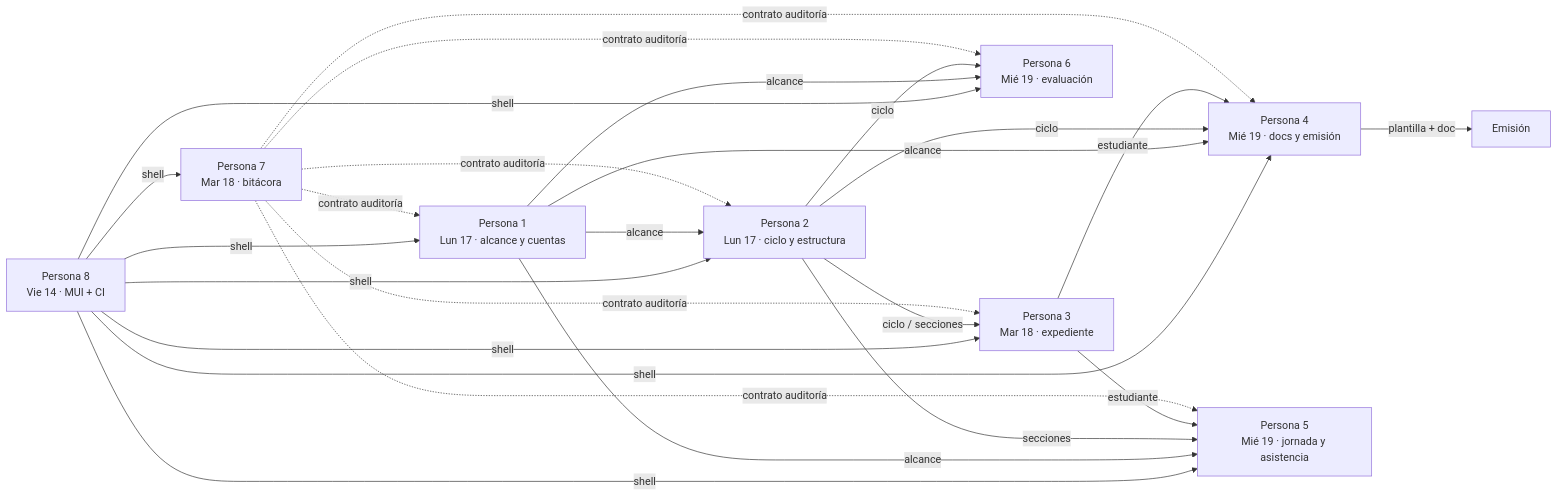
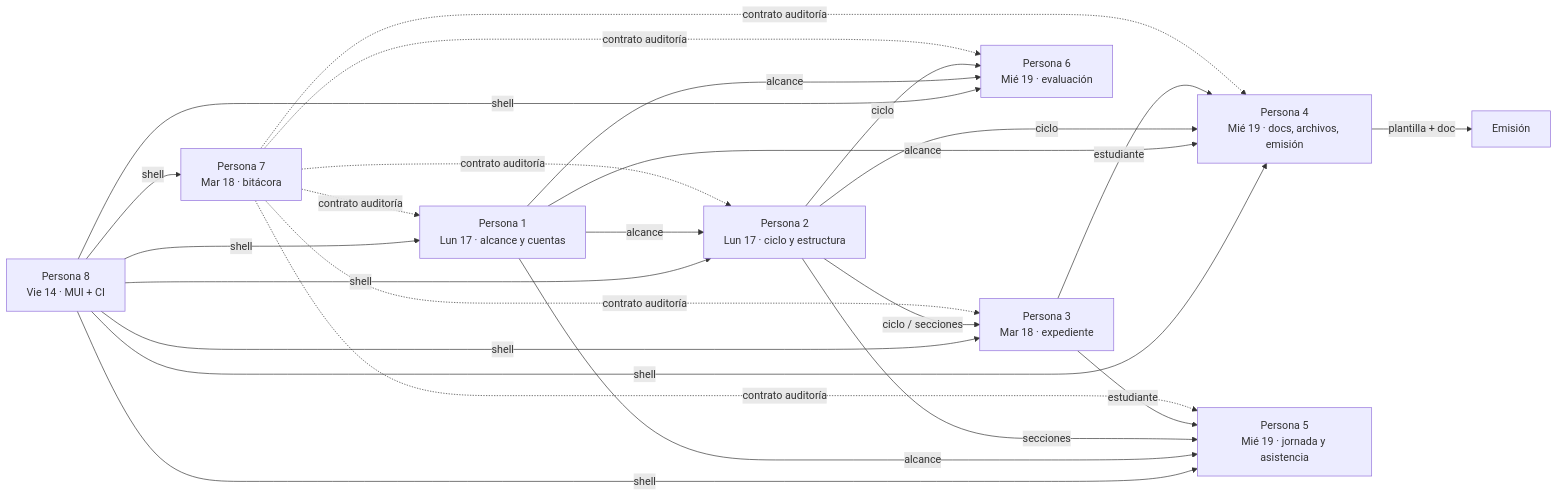
One commit to siga-inebi/siga-inebi changed the first of 2 diagrams in docs/planning/sprint-2026-08-14.md. Above: the diagram before and after it, drawn with Mermaid. The commit also changed other lines of this file, not shown here.

First line of the commit message:
docs(planning): expand Persona 4 with the autonomous docs backlog

````diff
--- a/docs/planning/sprint-2026-08-14.md
+++ b/docs/planning/sprint-2026-08-14.md
@@ -177,37 +199,37 @@
 ```mermaid
 flowchart LR
     P8["Persona 8<br/>Vie 14 · MUI + CI"]
     P1["Persona 1<br/>Lun 17 · alcance y cuentas"]
     P2["Persona 2<br/>Lun 17 · ciclo y estructura"]
     P3["Persona 3<br/>Mar 18 · expediente"]
     P7["Persona 7<br/>Mar 18 · bitácora"]
-    P4["Persona 4<br/>Mié 19 · docs y emisión"]
+    P4["Persona 4<br/>Mié 19 · docs, archivos, emisión"]
     P5["Persona 5<br/>Mié 19 · jornada y asistencia"]
     P6["Persona 6<br/>Mié 19 · evaluación"]
 
     P8 -->|"shell"| P1
     P8 -->|"shell"| P2
     P8 -->|"shell"| P3
     P8 -->|"shell"| P4
     P8 -->|"shell"| P5
     P8 -->|"shell"| P6
     P8 -->|"shell"| P7
 
     P1 -->|"alcance"| P2
     P1 -->|"alcance"| P4
     P1 -->|"alcance"| P5
     P1 -->|"alcance"| P6
     P2 -->|"ciclo / secciones"| P3
     P2 -->|"secciones"| P5
     P2 -->|"ciclo"| P6
     P2 -->|"ciclo"| P4
     P3 -->|"estudiante"| P4
     P3 -->|"estudiante"| P5
     P4 -->|"plantilla + doc"| EMI["Emisión"]
     P7 -.->|"contrato auditoría"| P1
     P7 -.->|"contrato auditoría"| P2
     P7 -.->|"contrato auditoría"| P3
     P7 -.->|"contrato auditoría"| P4
     P7 -.->|"contrato auditoría"| P5
     P7 -.->|"contrato auditoría"| P6
 ```
````
